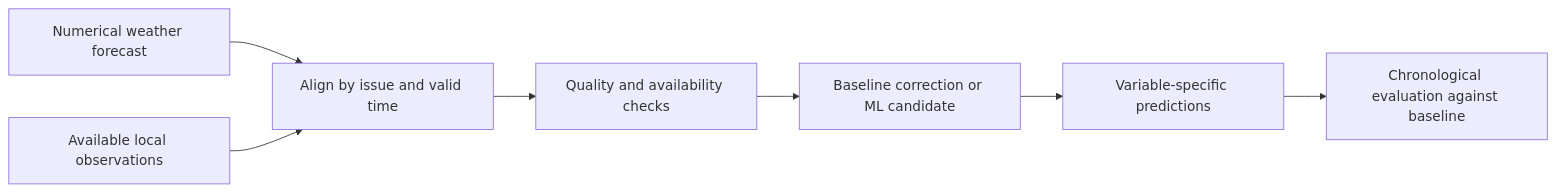
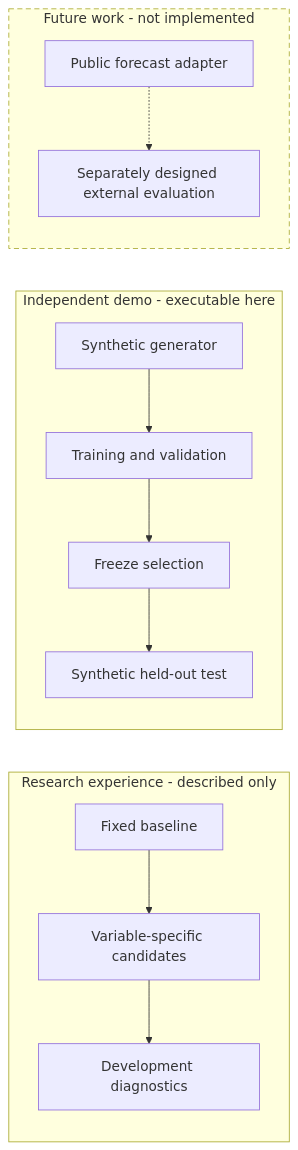
One commit to Fandi74/weather-forecast-base changed the diagram in README.md. Above: the diagram before and after it, drawn with Mermaid. The commit also changed other lines of this file and 17 other files, not shown here.

````diff
--- a/README.md
+++ b/README.md
@@ -25,9 +63,13 @@
 ```mermaid
 flowchart LR
-    A[Numerical weather forecast] --> C[Align by issue and valid time]
-    B[Available local observations] --> C
-    C --> D[Quality and availability checks]
-    D --> E[Baseline correction or ML candidate]
-    E --> F[Variable-specific predictions]
-    F --> G[Chronological evaluation against baseline]
+    subgraph R[Research experience - described only]
+        A[Fixed baseline] --> B[Variable-specific candidates] --> C[Development diagnostics]
+    end
+    subgraph D[Independent demo - executable here]
+        E[Synthetic generator] --> F[Training and validation] --> G[Freeze selection] --> H[Synthetic held-out test]
+    end
+    subgraph P[Future work - not implemented]
+        I[Public forecast adapter] -.-> J[Separately designed external evaluation]
+    end
+    style P stroke-dasharray: 6 4
 ```
````
